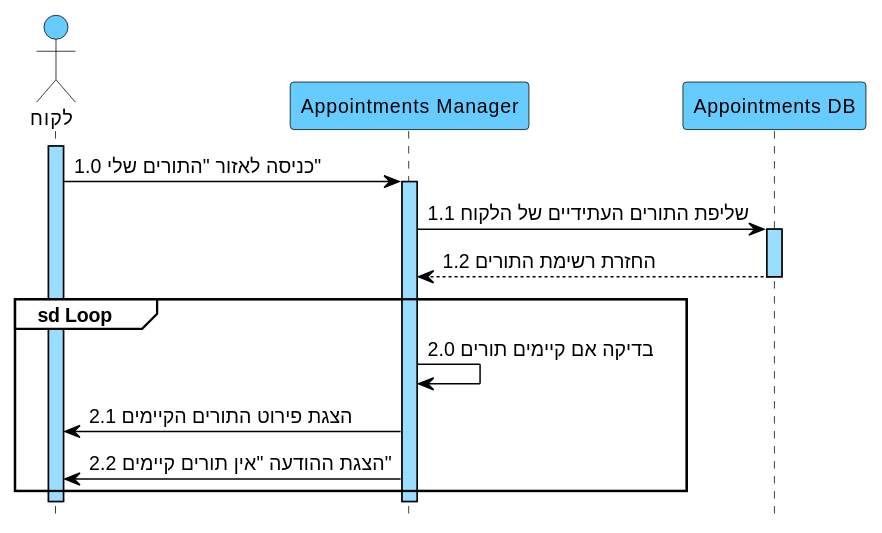
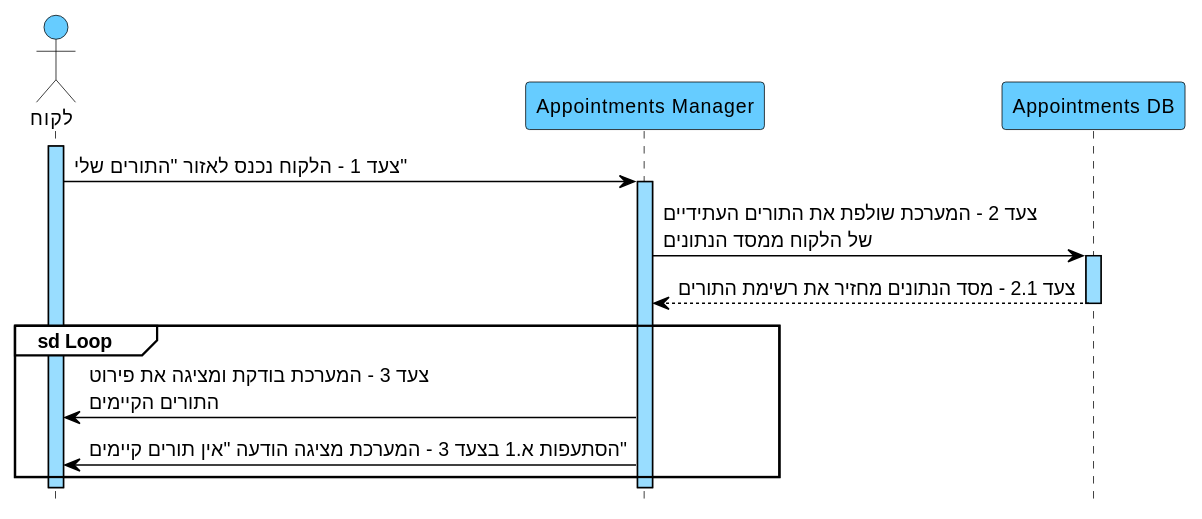
One commit to arielkaplan20/GOLDEN_HAIR_SALOAN changed the diagram in docs/diagrams/puml/04-seq-suc04-צפייה-בתורים.puml. Above: the diagram before and after it, drawn with PlantUML. The commit also changed 26 other files, not shown here.

```diff
--- a/docs/diagrams/puml/04-seq-suc04-צפייה-בתורים.puml
+++ b/docs/diagrams/puml/04-seq-suc04-צפייה-בתורים.puml
@@ -1,41 +1,40 @@
 @startuml
 hide footbox
 skinparam backgroundColor white
 skinparam defaultFontName Arial
 skinparam defaultFontSize 13
 skinparam sequence {
 ArrowColor black
 ArrowFontColor black
 ActorBorderColor black
 ActorBackgroundColor #66CCFF
 LifeLineBorderColor black
 LifeLineBackgroundColor #99DDFF
 ParticipantBorderColor black
 ParticipantBackgroundColor #66CCFF
 ParticipantFontColor black
 ParticipantFontSize 13
 GroupBorderColor black
 GroupBackgroundColor white
 GroupHeaderFontColor black
 }
 
 actor "לקוח" as C
 participant "Appointments Manager" as AM
 participant "Appointments DB" as DB
 
 activate C
-C -> AM : 1.0 כניסה לאזור "התורים שלי"
+C -> AM : צעד 1 - הלקוח נכנס לאזור "התורים שלי"
 activate AM
-AM -> DB : 1.1 שליפת התורים העתידיים של הלקוח
+AM -> DB : צעד 2 - המערכת שולפת את התורים העתידיים\nשל הלקוח ממסד הנתונים
 activate DB
-DB --> AM : 1.2 החזרת רשימת התורים
+DB --> AM : צעד 2.1 - מסד הנתונים מחזיר את רשימת התורים
 deactivate DB
 
 group sd Loop
-AM -> AM : 2.0 בדיקה אם קיימים תורים
-AM -> C : 2.1 הצגת פירוט התורים הקיימים
-AM -> C : 2.2 הצגת ההודעה "אין תורים קיימים"
+AM -> C : צעד 3 - המערכת בודקת ומציגה את פירוט\nהתורים הקיימים
+AM -> C : הסתעפות א.1 בצעד 3 - המערכת מציגה הודעה "אין תורים קיימים"
 end
 deactivate AM
 deactivate C
 @enduml
```
